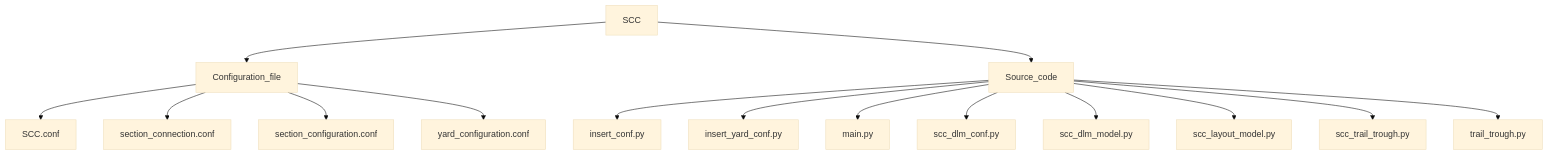
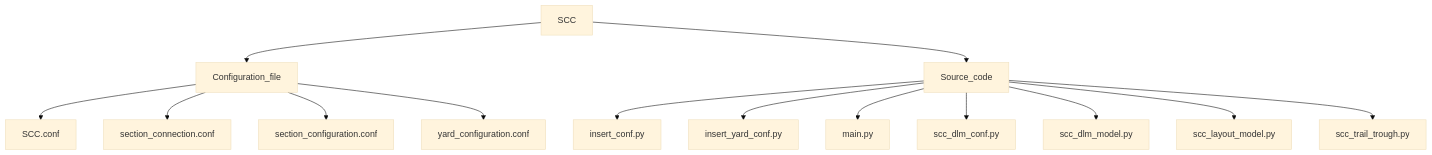
Before and after one commit to paragnema1/Siding_Control_Centre_Module: the diagram in README.md, drawn with Mermaid (base theme).

````diff
--- a/README.md
+++ b/README.md
@@ -4,17 +4,16 @@
 ```mermaid
 graph TD;
     SCC-->Configuration_file;
     SCC-->Source_code;
     Configuration_file-->SCC.conf;
     Configuration_file-->section_connection.conf;
     Configuration_file-->section_configuration.conf;
     Configuration_file-->yard_configuration.conf;
     Source_code-->insert_conf.py;
     Source_code-->insert_yard_conf.py;
     Source_code-->main.py;
     Source_code-->scc_dlm_conf.py;
     Source_code-->scc_dlm_model.py;
     Source_code-->scc_layout_model.py;
     Source_code-->scc_trail_trough.py;
-    Source_code-->trail_trough.py;
 ```
````
